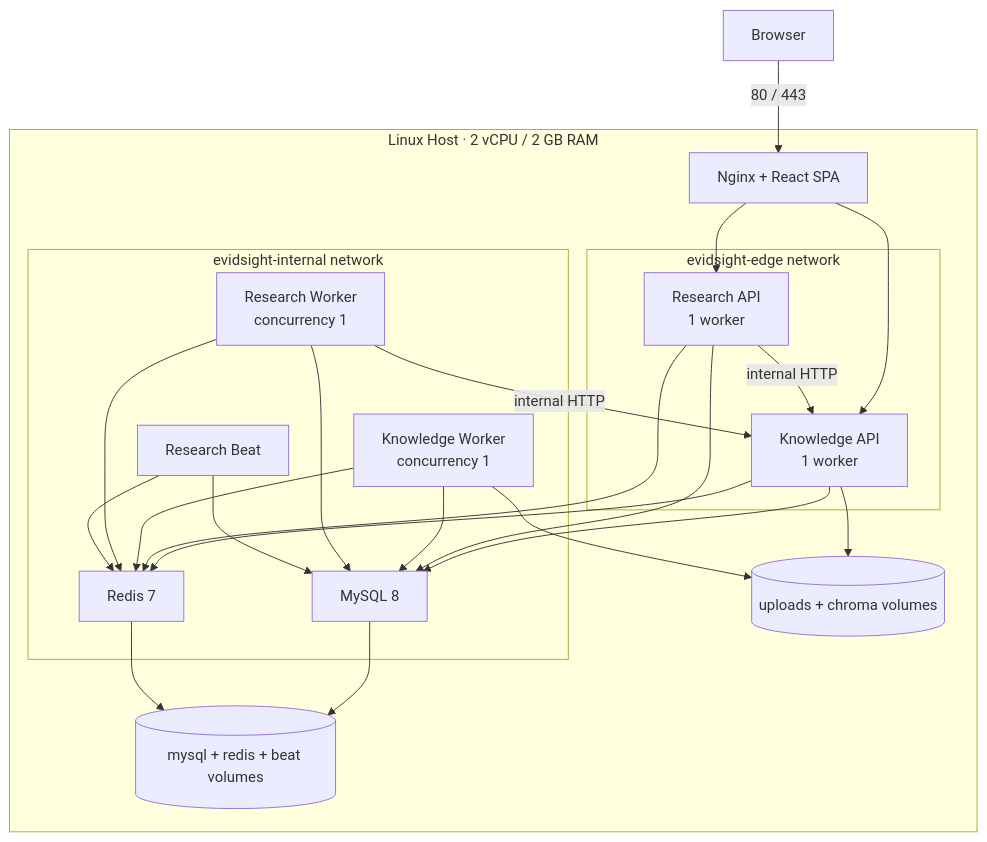
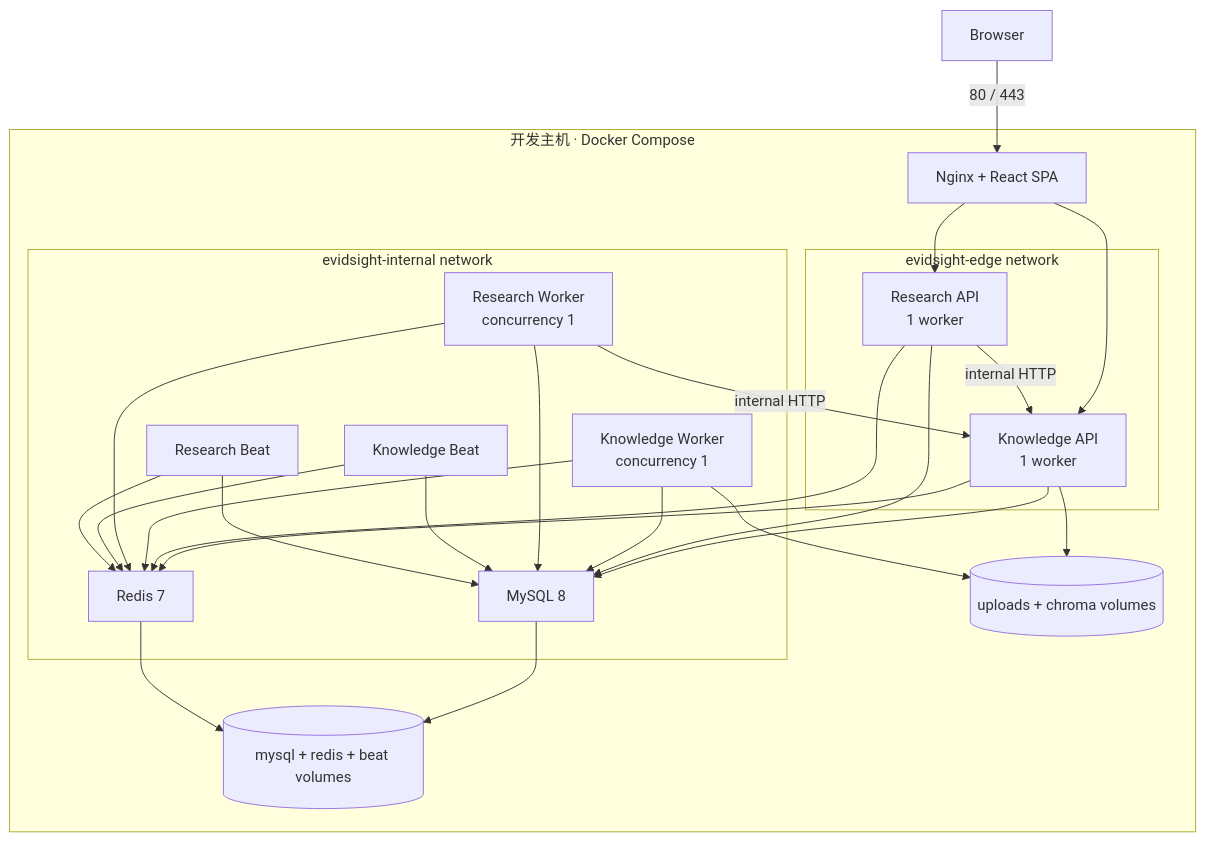
The second of 4 diagrams in docs/specs/ARCHITECTURE.md (tliliyuz/evidsight), drawn with Mermaid before and after one commit. The commit also changed other lines of this file and 9 other files, not shown here.

````diff
--- a/docs/specs/ARCHITECTURE.md
+++ b/docs/specs/ARCHITECTURE.md
@@ -134,43 +137,46 @@
 ```mermaid
 flowchart TB
     Internet["Browser"] -->|"80 / 443"| Nginx
 
-    subgraph Host["Linux Host · 2 vCPU / 2 GB RAM"]
+    subgraph Host["开发主机 · Docker Compose"]
       Nginx["Nginx + React SPA"]
 
       subgraph EdgeNet["evidsight-edge network"]
         KApi["Knowledge API\n1 worker"]
         RApi["Research API\n1 worker"]
       end
 
       subgraph InternalNet["evidsight-internal network"]
         KWorker["Knowledge Worker\nconcurrency 1"]
         RWorker["Research Worker\nconcurrency 1"]
-        Beat["Research Beat"]
+        KBeat["Knowledge Beat"]
+        RBeat["Research Beat"]
         MySQL["MySQL 8"]
         Redis["Redis 7"]
       end
 
       KVolumes[("uploads + chroma volumes")]
       DataVolumes[("mysql + redis + beat volumes")]
     end
 
     Nginx --> KApi
     Nginx --> RApi
     RApi -->|"internal HTTP"| KApi
     KApi --> MySQL
     KApi --> Redis
     KApi --> KVolumes
     RApi --> MySQL
     RApi --> Redis
     KWorker --> MySQL
     KWorker --> Redis
     KWorker --> KVolumes
     RWorker --> MySQL
     RWorker --> Redis
     RWorker -->|"internal HTTP"| KApi
-    Beat --> MySQL
-    Beat --> Redis
+    KBeat --> MySQL
+    KBeat --> Redis
+    RBeat --> MySQL
+    RBeat --> Redis
     MySQL --> DataVolumes
     Redis --> DataVolumes
 ```
````
